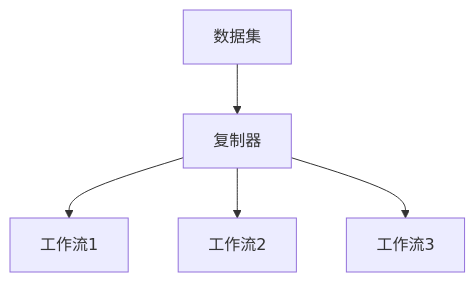
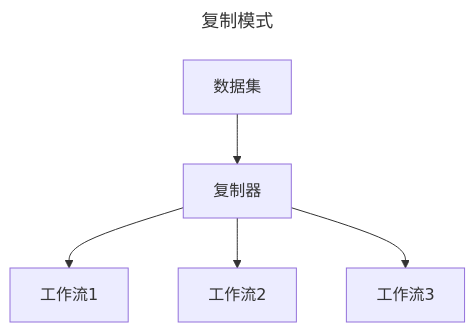
The second of 17 diagrams in doc/数据技术/数据处理.md (0xcaffebabe/note), drawn with Mermaid before and after one commit. The commit also changed other lines of this file, not shown here.

````diff
--- a/doc/数据技术/数据处理.md
+++ b/doc/数据技术/数据处理.md
@@ -58,7 +56,10 @@
 ```mermaid
+---
+title: 复制模式
+---
 flowchart
   数据集 --> 复制器
   复制器 --> 工作流1
   复制器 --> 工作流2
   复制器 --> 工作流3
 ```
````
